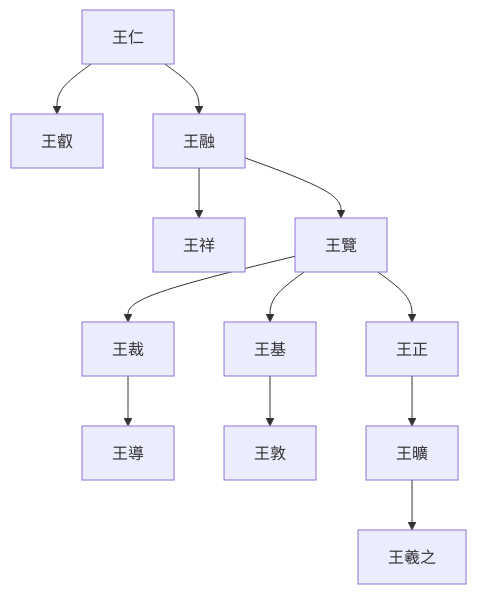
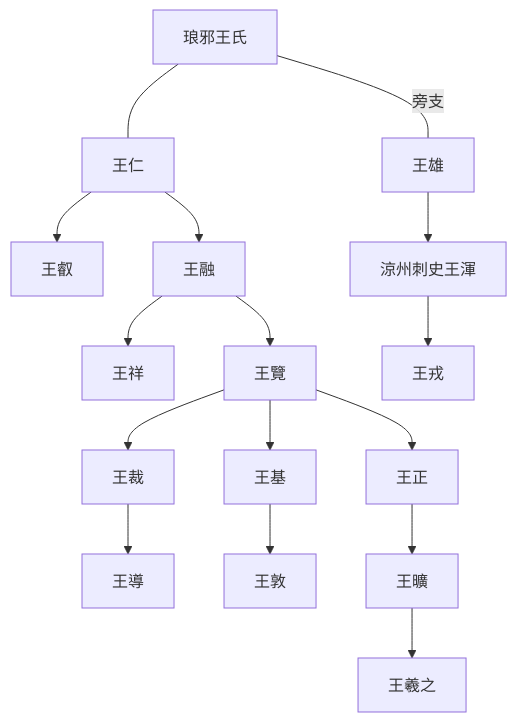
One commit to gamefang/zizhitongjian changed the second of 3 diagrams in 5_筆記/资治通鉴77.md. Above: the diagram before and after it, drawn with Mermaid. The commit also changed other lines of this file and 9 other files, not shown here.

````diff
--- a/5_筆記/资治通鉴77.md
+++ b/5_筆記/资治通鉴77.md
@@ -54,19 +54,25 @@
 ```mermaid
 graph TB
+
+琅邪王氏---王仁
+琅邪王氏--旁支---王雄
 
 王仁-->王叡
 王仁-->王融
 
 王融-->王祥
 王融-->王覽
 
 王覽-->王裁
 王覽-->王基
 王覽-->王正
 
 王裁-->王導
 王基-->王敦
 王正-->王曠
 
 王曠-->王羲之
+
+王雄-->涼州刺史王渾
+涼州刺史王渾-->王戎
 ```
````
